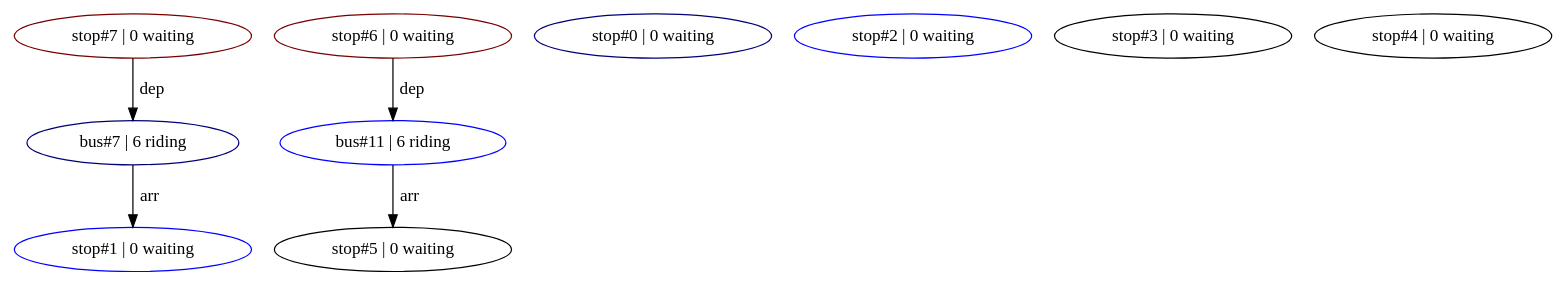
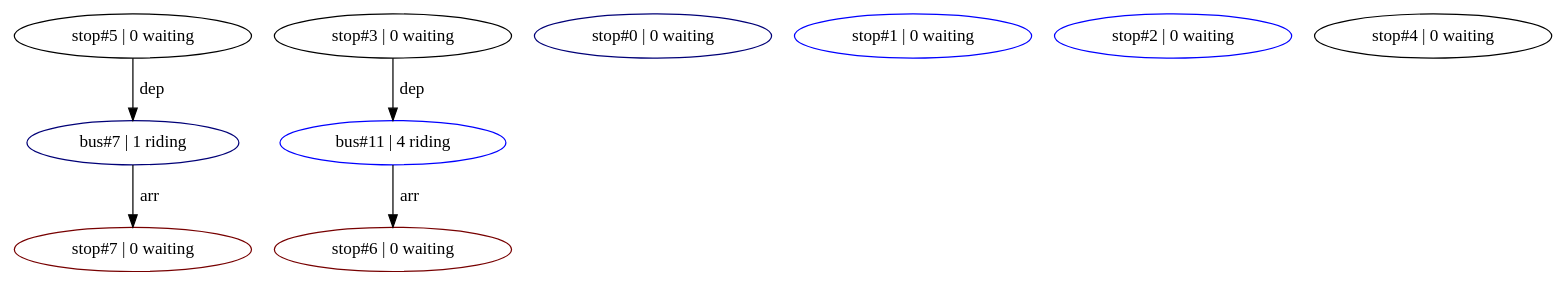
The diagram in workspace/MTS/mts_digraph.dot (spmatthews03/MARTA), drawn with Graphviz before and after one commit. The commit also changed 14 other files, not shown here.

```diff
--- a/workspace/MTS/mts_digraph.dot
+++ b/workspace/MTS/mts_digraph.dot
@@ -1,19 +1,19 @@
 digraph G
 {
-  bus7 [ label="bus#7 | 6 riding", color="#000077"];
-  bus11 [ label="bus#11 | 6 riding", color="#0000FF"];
+  bus7 [ label="bus#7 | 1 riding", color="#000077"];
+  bus11 [ label="bus#11 | 4 riding", color="#0000FF"];
 
   stop0 [ label="stop#0 | 0 waiting", color="#000077"];
   stop1 [ label="stop#1 | 0 waiting", color="#0000FF"];
   stop2 [ label="stop#2 | 0 waiting", color="#0000FF"];
   stop3 [ label="stop#3 | 0 waiting", color="#000000"];
   stop4 [ label="stop#4 | 0 waiting", color="#000000"];
   stop5 [ label="stop#5 | 0 waiting", color="#000000"];
   stop6 [ label="stop#6 | 0 waiting", color="#770000"];
   stop7 [ label="stop#7 | 0 waiting", color="#770000"];
 
-  stop7 -> bus7 [ label=" dep" ];
-  bus7 -> stop1 [ label=" arr" ];
-  stop6 -> bus11 [ label=" dep" ];
-  bus11 -> stop5 [ label=" arr" ];
+  stop5 -> bus7 [ label=" dep" ];
+  bus7 -> stop7 [ label=" arr" ];
+  stop3 -> bus11 [ label=" dep" ];
+  bus11 -> stop6 [ label=" arr" ];
 }
```
